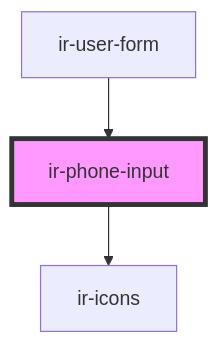
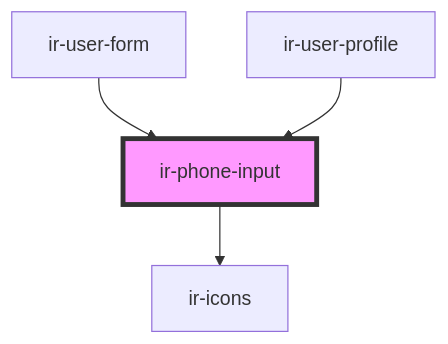
One commit to RonyRizk/ir-be changed the diagram in src/components/ui/ir-phone-input/readme.md. Above: the diagram before and after it, drawn with Mermaid. The commit also changed other lines of this file and 89 other files, not shown here.

````diff
--- a/src/components/ui/ir-phone-input/readme.md
+++ b/src/components/ui/ir-phone-input/readme.md
@@ -37,6 +38,7 @@
 ```mermaid
 graph TD;
   ir-phone-input --> ir-icons
   ir-user-form --> ir-phone-input
+  ir-user-profile --> ir-phone-input
   style ir-phone-input fill:#f9f,stroke:#333,stroke-width:4px
 ```
````
